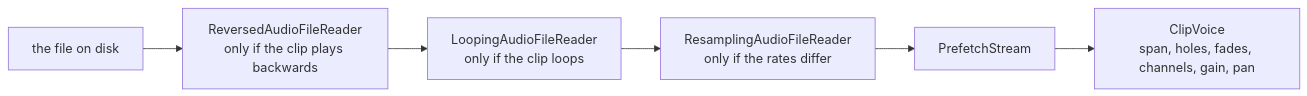
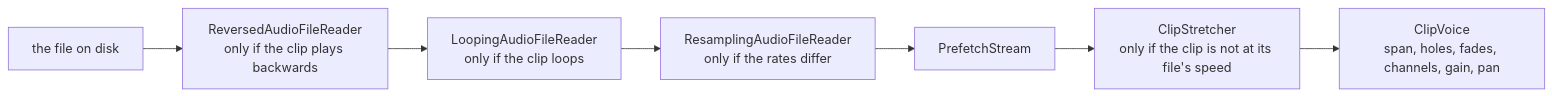
Before and after one commit to Conceptual-Machines/magda-core: the sixth of 6 diagrams in docs/architecture/native-engine.md, drawn with Mermaid. The commit also changed other lines of this file and 61 other files, not shown here.

First line of the commit message:
Native engine: play a clip at a speed that is not its file's (#2037)

````diff
--- a/docs/architecture/native-engine.md
+++ b/docs/architecture/native-engine.md
@@ -351,8 +348,9 @@
 ```mermaid
 flowchart LR
     F["the file on disk"] --> R["ReversedAudioFileReader<br/>only if the clip plays backwards"]
     R --> L["LoopingAudioFileReader<br/>only if the clip loops"]
     L --> S["ResamplingAudioFileReader<br/>only if the rates differ"]
     S --> PS["PrefetchStream"]
-    PS --> V["ClipVoice<br/>span, holes, fades, channels, gain, pan"]
+    PS --> ST["ClipStretcher<br/>only if the clip is not at its file's speed"]
+    ST --> V["ClipVoice<br/>span, holes, fades, channels, gain, pan"]
 ```
````
